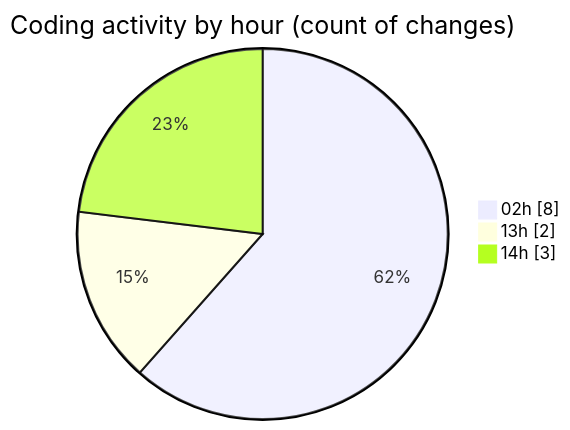
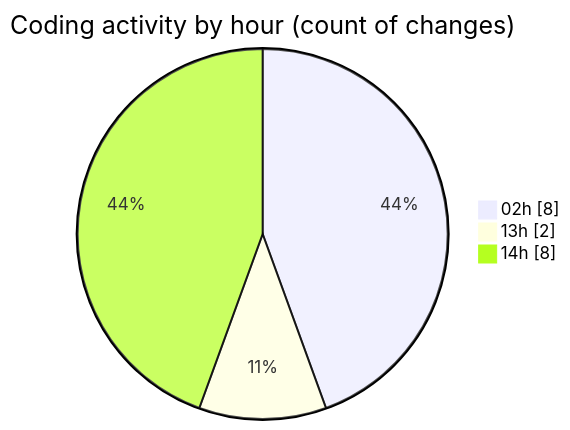
Before and after one commit to donsfak/code-tracking: the second of 2 diagrams in 2025-02-16/trackers_app/README.md, drawn with Mermaid. The commit also changed other lines of this file and 1 other file, not shown here.

````diff
--- a/2025-02-16/trackers_app/README.md
+++ b/2025-02-16/trackers_app/README.md
@@ -33,7 +33,7 @@
 ```mermaid
 pie showData
 title Coding activity by hour (count of changes)
 "02h" : 8
 "13h" : 2
-"14h" : 3
+"14h" : 8
 ```
````
